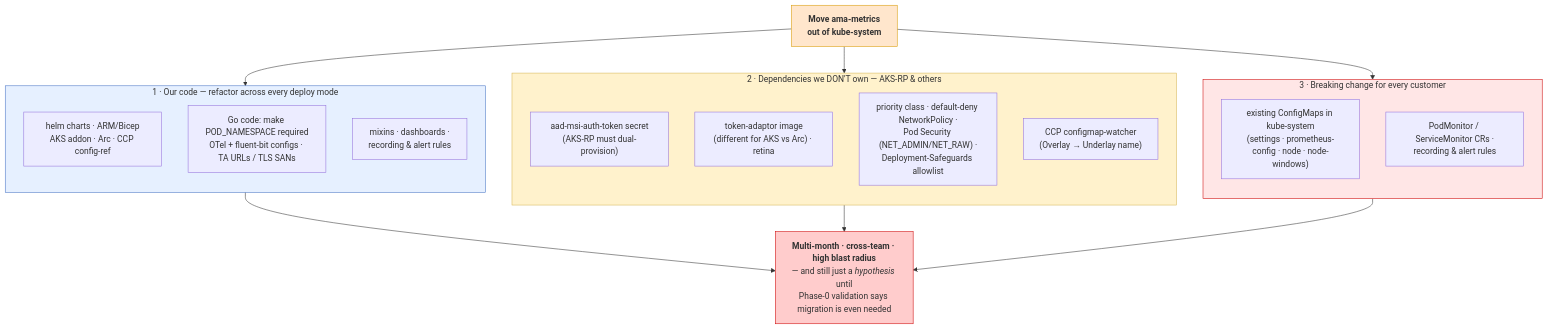
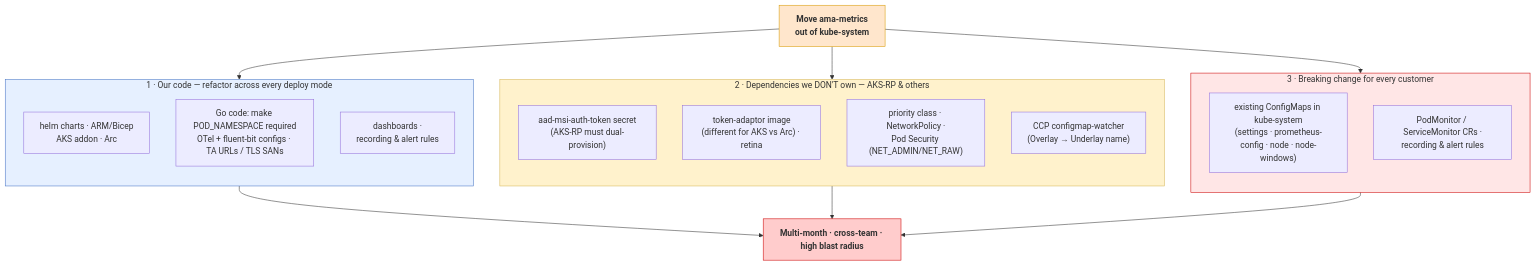
The third of 12 diagrams in custom-ns/doc/automatic-investigation/aks-vap-demo-diagrams.md (Azure/prometheus-collector), drawn with Mermaid before and after one commit. The commit also changed other lines of this file, not shown here.

First line of the commit message:
docs(custom-ns): trim section 2/3/5 diagram labels; fix grammar in section 3 and 5

````diff
--- a/custom-ns/doc/automatic-investigation/aks-vap-demo-diagrams.md
+++ b/custom-ns/doc/automatic-investigation/aks-vap-demo-diagrams.md
@@ -44,39 +44,39 @@
 ```mermaid
 flowchart TB
     ASK["<b>Move ama-metrics<br/>out of kube-system</b>"]
 
     subgraph OURS["1 · Our code — refactor across every deploy mode"]
         direction TB
-        O1["helm charts · ARM/Bicep<br/>AKS addon · Arc · CCP config-ref"]
+        O1["helm charts · ARM/Bicep<br/>AKS addon · Arc"]
         O2["Go code: make POD_NAMESPACE required<br/>OTel + fluent-bit configs · TA URLs / TLS SANs"]
-        O3["mixins · dashboards ·<br/>recording &amp; alert rules"]
+        O3["dashboards ·<br/>recording &amp; alert rules"]
     end
 
     subgraph EXT["2 · Dependencies we DON'T own — AKS-RP &amp; others"]
         direction TB
         E1["aad-msi-auth-token secret<br/>(AKS-RP must dual-provision)"]
         E2["token-adaptor image<br/>(different for AKS vs Arc) · retina"]
-        E3["priority class · default-deny NetworkPolicy ·<br/>Pod Security (NET_ADMIN/NET_RAW) ·<br/>Deployment-Safeguards allowlist"]
+        E3["priority class · NetworkPolicy ·<br/>Pod Security (NET_ADMIN/NET_RAW)"]
         E4["CCP configmap-watcher<br/>(Overlay → Underlay name)"]
     end
 
     subgraph CX["3 · Breaking change for every customer"]
         direction TB
         C1["existing ConfigMaps in kube-system<br/>(settings · prometheus-config · node · node-windows)"]
         C2["PodMonitor / ServiceMonitor CRs ·<br/>recording &amp; alert rules"]
     end
 
     ASK --> OURS
     ASK --> EXT
     ASK --> CX
 
-    OURS --> COST["<b>Multi-month · cross-team · high blast radius</b><br/>— and still just a <i>hypothesis</i> until<br/>Phase-0 validation says migration is even needed"]
+    OURS --> COST["<b>Multi-month · cross-team · high blast radius</b>"]
     EXT --> COST
     CX --> COST
 
     style ASK fill:#ffe6cc,stroke:#d79b00
     style OURS fill:#e6f0ff,stroke:#4472c4
     style EXT fill:#fff2cc,stroke:#d6b656
     style CX fill:#ffe6e6,stroke:#c00
     style COST fill:#ffcccc,stroke:#c00
 ```
````
